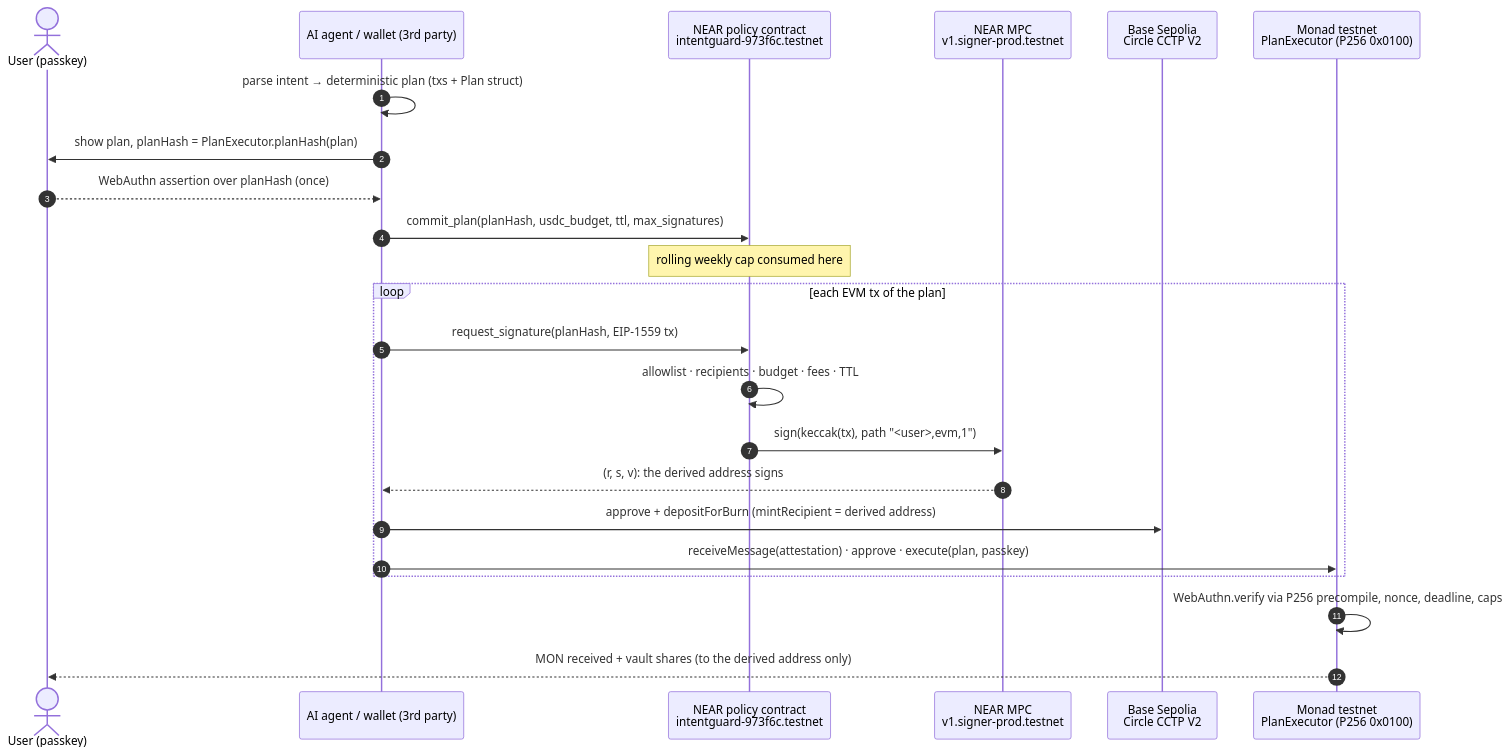
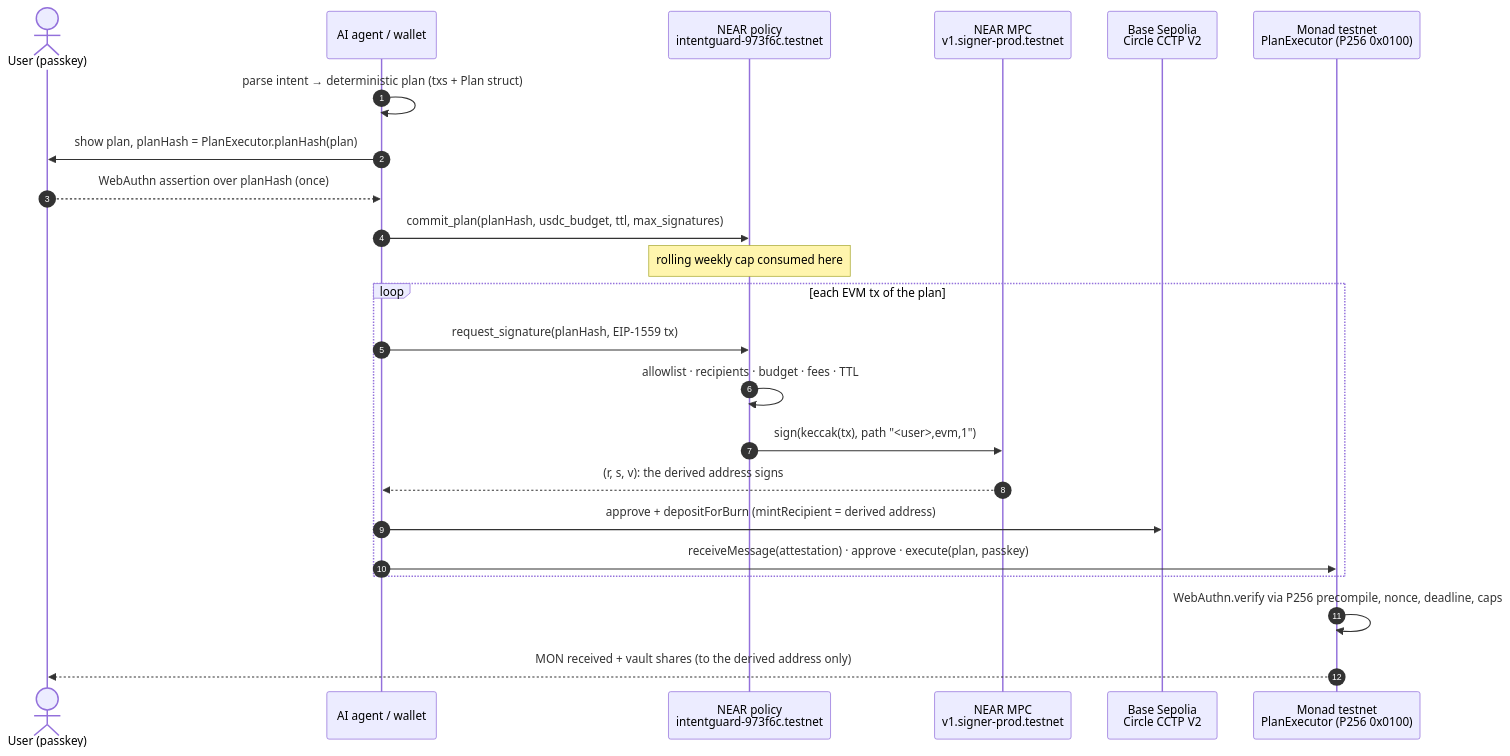
The second of 2 diagrams in README.md (francescantonio-stack/Intentguard-MAXMODv1), drawn with Mermaid before and after one commit. The commit also changed other lines of this file and 1 other file, not shown here.

````diff
--- a/README.md
+++ b/README.md
@@ -41,25 +90,25 @@
 ```mermaid
 sequenceDiagram
     autonumber
     actor U as User (passkey)
-    participant A as AI agent / wallet (3rd party)
-    participant P as NEAR policy contract<br/>intentguard-973f6c.testnet
+    participant A as AI agent / wallet
+    participant P as NEAR policy<br/>intentguard-973f6c.testnet
     participant M as NEAR MPC<br/>v1.signer-prod.testnet
     participant B as Base Sepolia<br/>Circle CCTP V2
     participant X as Monad testnet<br/>PlanExecutor (P256 0x0100)
     A->>A: parse intent → deterministic plan (txs + Plan struct)
     A->>U: show plan, planHash = PlanExecutor.planHash(plan)
     U-->>A: WebAuthn assertion over planHash (once)
     A->>P: commit_plan(planHash, usdc_budget, ttl, max_signatures)
     Note over P: rolling weekly cap consumed here
     loop each EVM tx of the plan
         A->>P: request_signature(planHash, EIP-1559 tx)
         P->>P: allowlist · recipients · budget · fees · TTL
         P->>M: sign(keccak(tx), path "<user>,evm,1")
         M-->>A: (r, s, v): the derived address signs
         A->>B: approve + depositForBurn (mintRecipient = derived address)
         A->>X: receiveMessage(attestation) · approve · execute(plan, passkey)
     end
     X->>X: WebAuthn.verify via P256 precompile, nonce, deadline, caps
     X-->>U: MON received + vault shares (to the derived address only)
 ```
````
